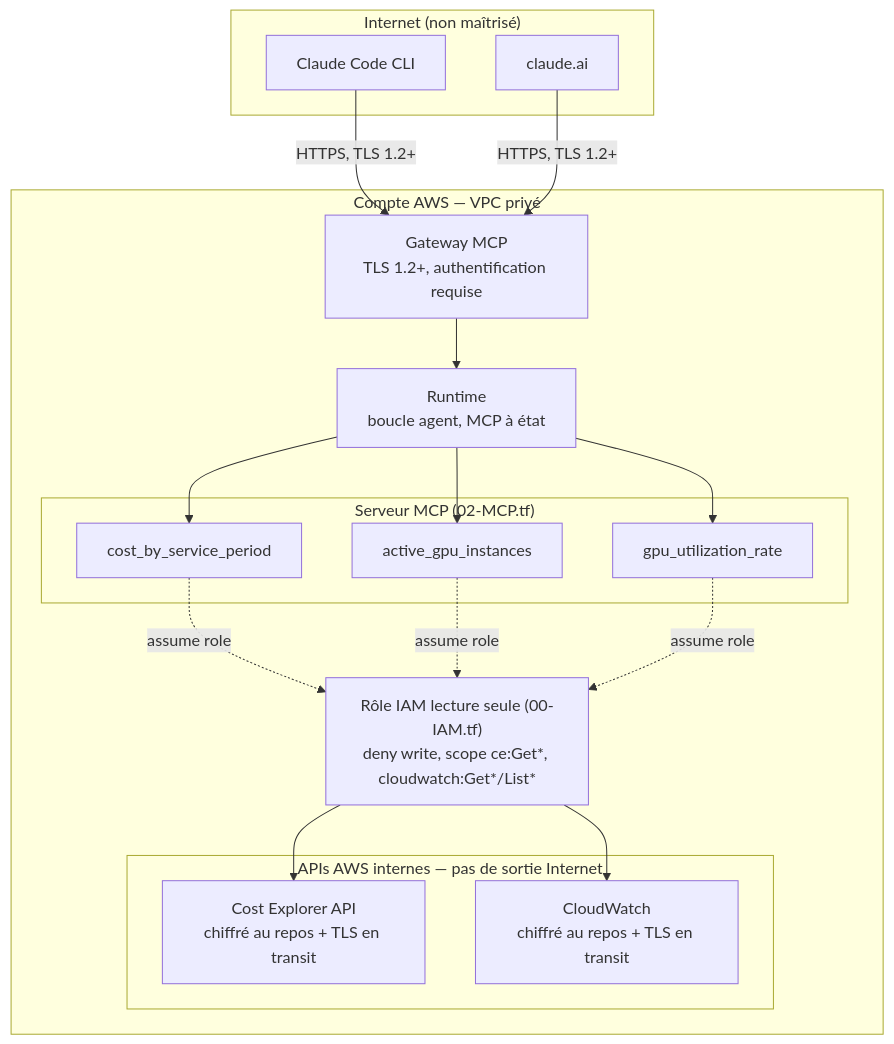
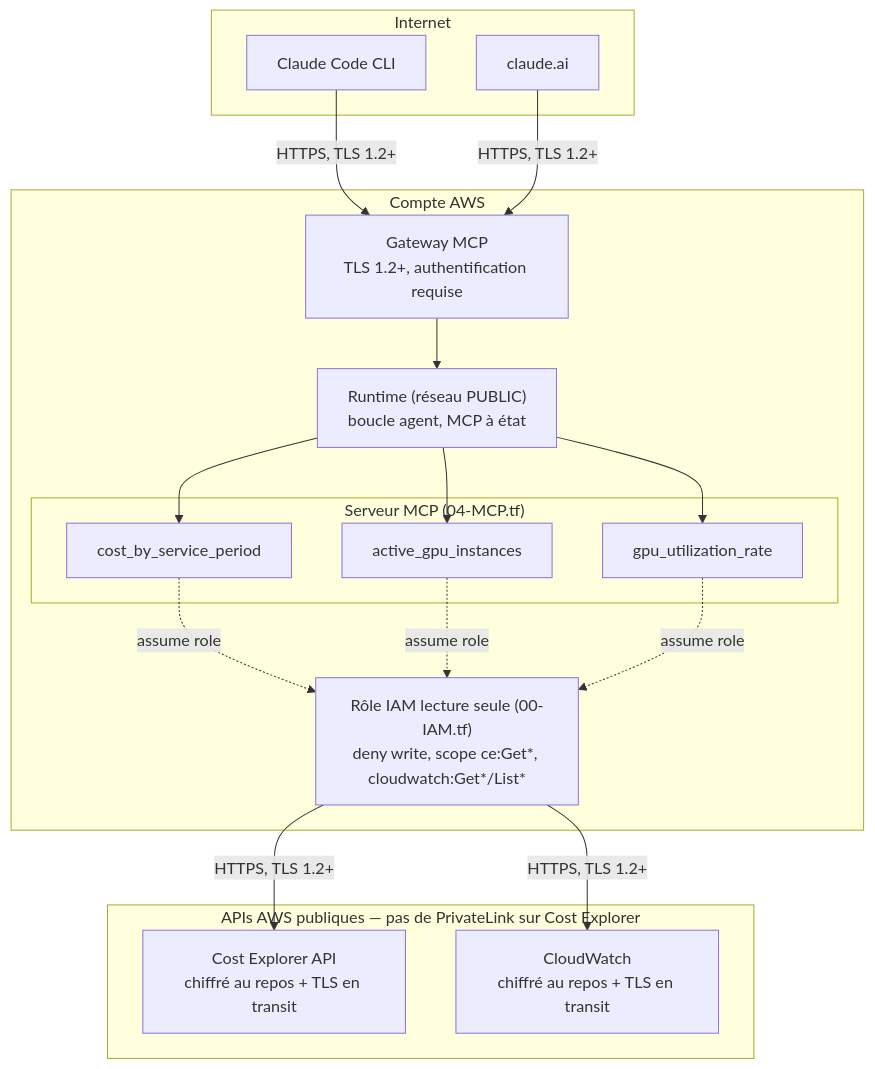
One commit to PhenixForge/AWS-FinOps-agent-with-MCP changed the second of 2 diagrams in README.md. Above: the diagram before and after it, drawn with Mermaid. The commit also changed other lines of this file and 3 other files, not shown here.

First line of the commit message:
decision: revert runtime network mode to PUBLIC over NAT Gateway cost

````diff
--- a/README.md
+++ b/README.md
@@ -58,37 +59,37 @@
 ```mermaid
 flowchart TD
-    subgraph Internet["Internet (non maîtrisé)"]
+    subgraph Internet["Internet"]
         CLI["Claude Code CLI"]
         Chat["claude.ai"]
     end
 
-    subgraph AWSAccount["Compte AWS — VPC privé"]
+    subgraph AWSAccount["Compte AWS"]
         GW["Gateway MCP<br/>TLS 1.2+, authentification requise"]
-        RT["Runtime<br/>boucle agent, MCP à état"]
+        RT["Runtime (réseau PUBLIC)<br/>boucle agent, MCP à état"]
 
-        subgraph MCPServer["Serveur MCP (02-MCP.tf)"]
+        subgraph MCPServer["Serveur MCP (04-MCP.tf)"]
             T1["cost_by_service_period"]
             T2["active_gpu_instances"]
             T3["gpu_utilization_rate"]
         end
 
         Role["Rôle IAM lecture seule (00-IAM.tf)<br/>deny write, scope ce:Get*, cloudwatch:Get*/List*"]
+    end
 
-        subgraph APIsAWS["APIs AWS internes — pas de sortie Internet"]
-            CE["Cost Explorer API<br/>chiffré au repos + TLS en transit"]
-            CW["CloudWatch<br/>chiffré au repos + TLS en transit"]
-        end
+    subgraph APIsAWS["APIs AWS publiques — pas de PrivateLink sur Cost Explorer"]
+        CE["Cost Explorer API<br/>chiffré au repos + TLS en transit"]
+        CW["CloudWatch<br/>chiffré au repos + TLS en transit"]
     end
 
     CLI -->|HTTPS, TLS 1.2+| GW
     Chat -->|HTTPS, TLS 1.2+| GW
     GW --> RT
     RT --> T1
     RT --> T2
     RT --> T3
     T1 -.->|assume role| Role
     T2 -.->|assume role| Role
     T3 -.->|assume role| Role
-    Role --> CE
-    Role --> CW
+    Role -->|HTTPS, TLS 1.2+| CE
+    Role -->|HTTPS, TLS 1.2+| CW
 ```
````
